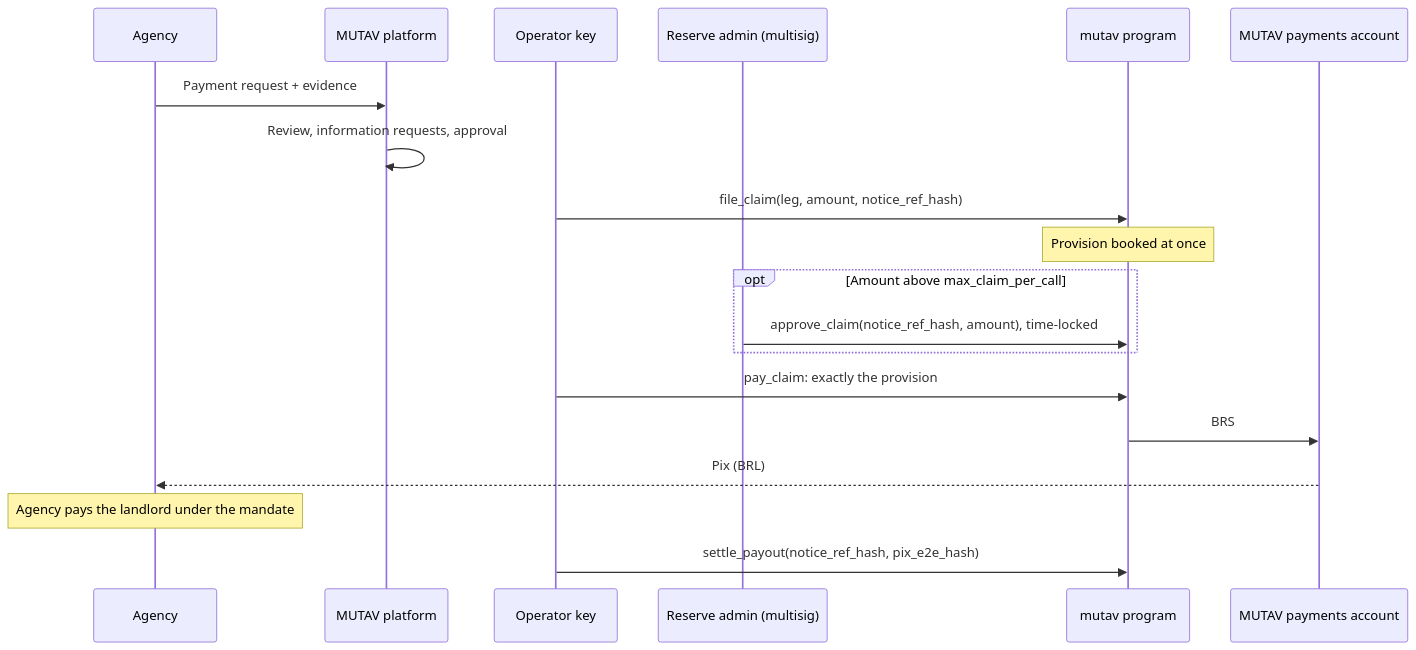
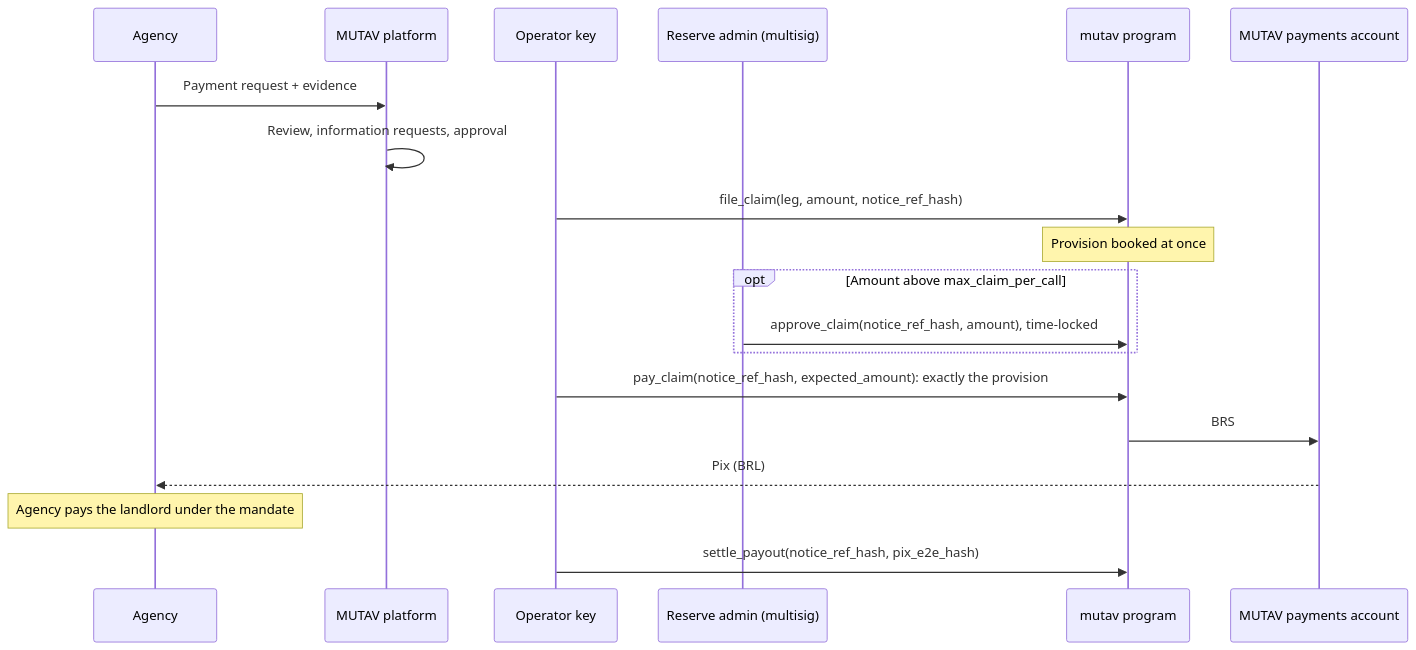
One commit to mutav-finance/mutav-protocol-solana changed the first of 2 diagrams in docs/for-agencies/claims.md. Above: the diagram before and after it, drawn with Mermaid. The commit also changed other lines of this file and 41 other files, not shown here.

````diff
--- a/docs/for-agencies/claims.md
+++ b/docs/for-agencies/claims.md
@@ -9,21 +9,21 @@
 ```mermaid
 sequenceDiagram
   participant Ag as Agency
   participant Pl as MUTAV platform
   participant Op as Operator key
   participant Ad as Reserve admin (multisig)
   participant Pr as mutav program
   participant PA as MUTAV payments account
   Ag->>Pl: Payment request + evidence
   Pl->>Pl: Review, information requests, approval
   Op->>Pr: file_claim(leg, amount, notice_ref_hash)
   Note over Pr: Provision booked at once
   opt Amount above max_claim_per_call
     Ad->>Pr: approve_claim(notice_ref_hash, amount), time-locked
   end
-  Op->>Pr: pay_claim: exactly the provision
+  Op->>Pr: pay_claim(notice_ref_hash, expected_amount): exactly the provision
   Pr->>PA: BRS
   PA-->>Ag: Pix (BRL)
   Note over Ag: Agency pays the landlord under the mandate
   Op->>Pr: settle_payout(notice_ref_hash, pix_e2e_hash)
 ```
````
